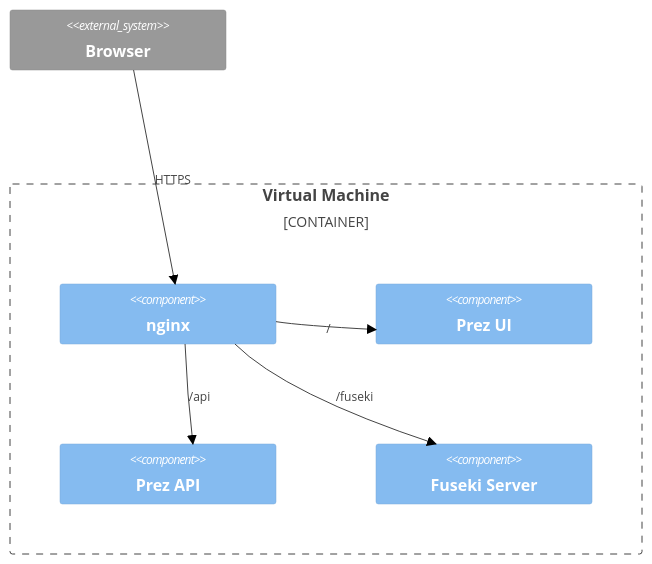
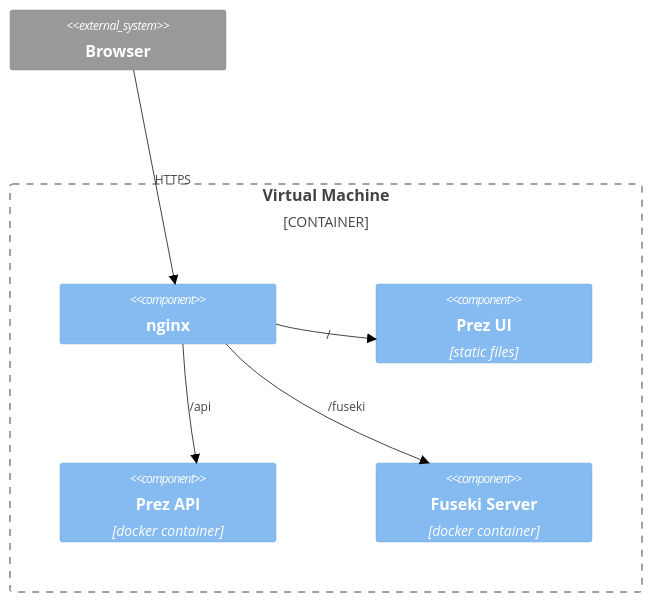
Before and after one commit to Kurrawong/anufnp-infra: the diagram in README.md, drawn with Mermaid (neutral theme). The commit also changed other lines of this file, not shown here.

````diff
--- a/README.md
+++ b/README.md
@@ -27,15 +27,15 @@
 ```mermaid
 C4Component
-System_Ext(browser, "Browser") 
+System_Ext(browser, "Browser")
 Container_Boundary(vm, "Virtual Machine") {
     Component(nginx, "nginx")
-    Component(prezui, "Prez UI")
-    Component(prez, "Prez API")
-    Component(fuseki, "Fuseki Server")
+    Component(prezui, "Prez UI", "static files")
+    Component(prez, "Prez API", "docker container")
+    Component(fuseki, "Fuseki Server", "docker container")
 }
 Rel(browser, nginx, "HTTPS")
 Rel(nginx, prezui, "/")
 Rel(nginx, prez, "/api")
 Rel(nginx, fuseki, "/fuseki")
 UpdateLayoutConfig($c4ShapeInRow="2", $c4BoundaryInRow="1")
 ```
````
